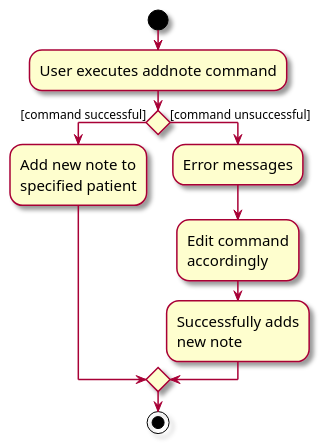
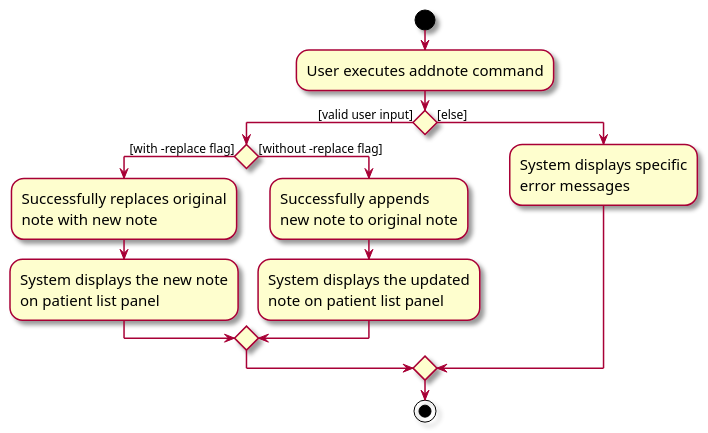
The diagram in diagrams/AddNoteCommandActivityDiagram.puml (AY2324S2-CS2103T-F14-2/tp), drawn with PlantUML before and after one commit. The commit also changed 31 other files, not shown here.

```diff
--- a/diagrams/AddNoteCommandActivityDiagram.puml
+++ b/diagrams/AddNoteCommandActivityDiagram.puml
@@ -1,22 +1,28 @@
 @startuml
 skin rose
 skinparam ActivityFontSize 15
 skinparam ArrowFontSize 12
 start
 :User executes addnote command;
 
 'Since the beta syntax does not support placing the condition outside the
 'diamond we place it as the true branch instead.
 
-if () then ([command successful])
-    :Add new note to
-    specified patient;
-else ([command unsuccessful])
-    :Error messages;
-    :Edit command
-    accordingly;
-    :Successfully adds
-    new note;
+if () then ([valid user input])
+    if () then ([with -replace flag])
+        :Successfully replaces original
+        note with new note;
+        :System displays the new note
+        on patient list panel;
+    else ([without -replace flag])
+        :Successfully appends
+        new note to original note;
+        :System displays the updated
+        note on patient list panel;
+    endif
+else ([else])
+    :System displays specific
+    error messages;
 endif
 stop
 @enduml
```
